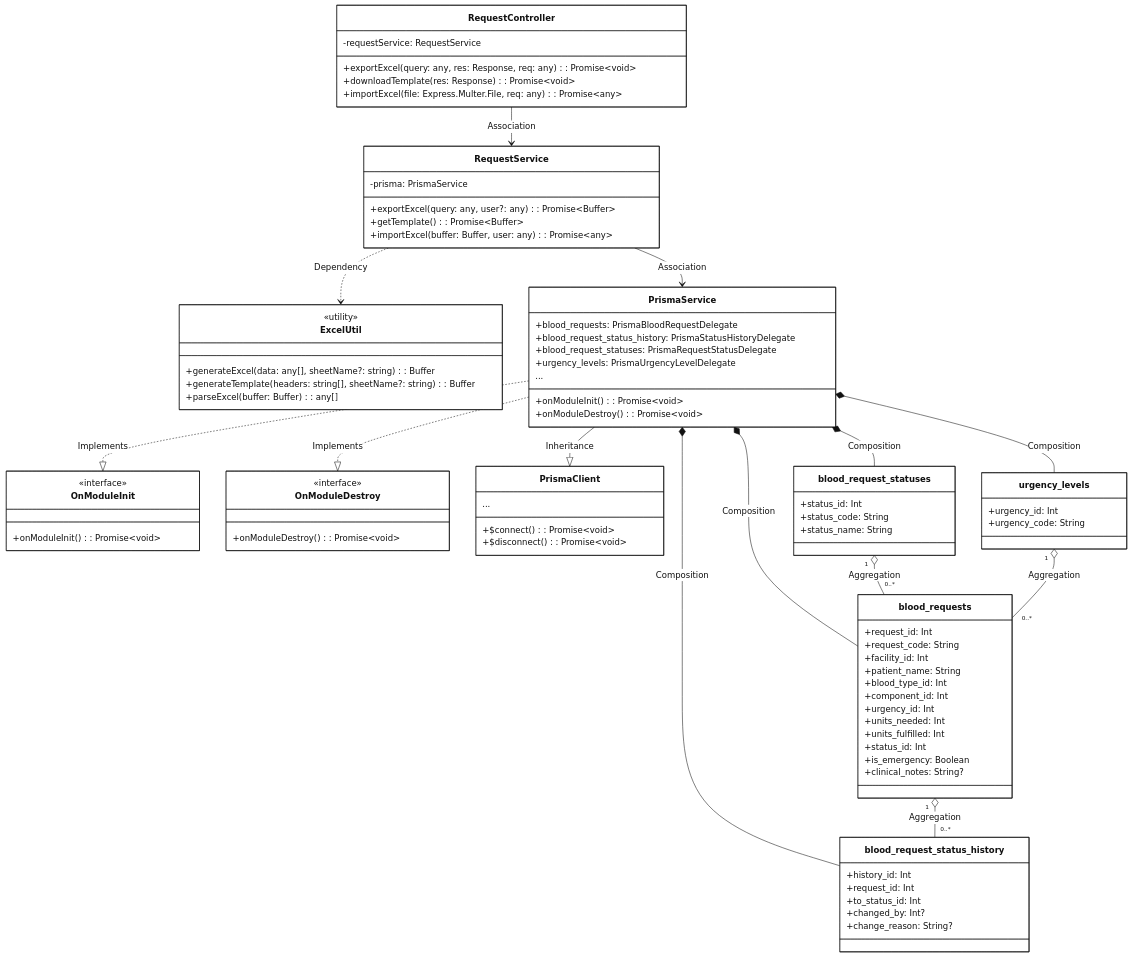
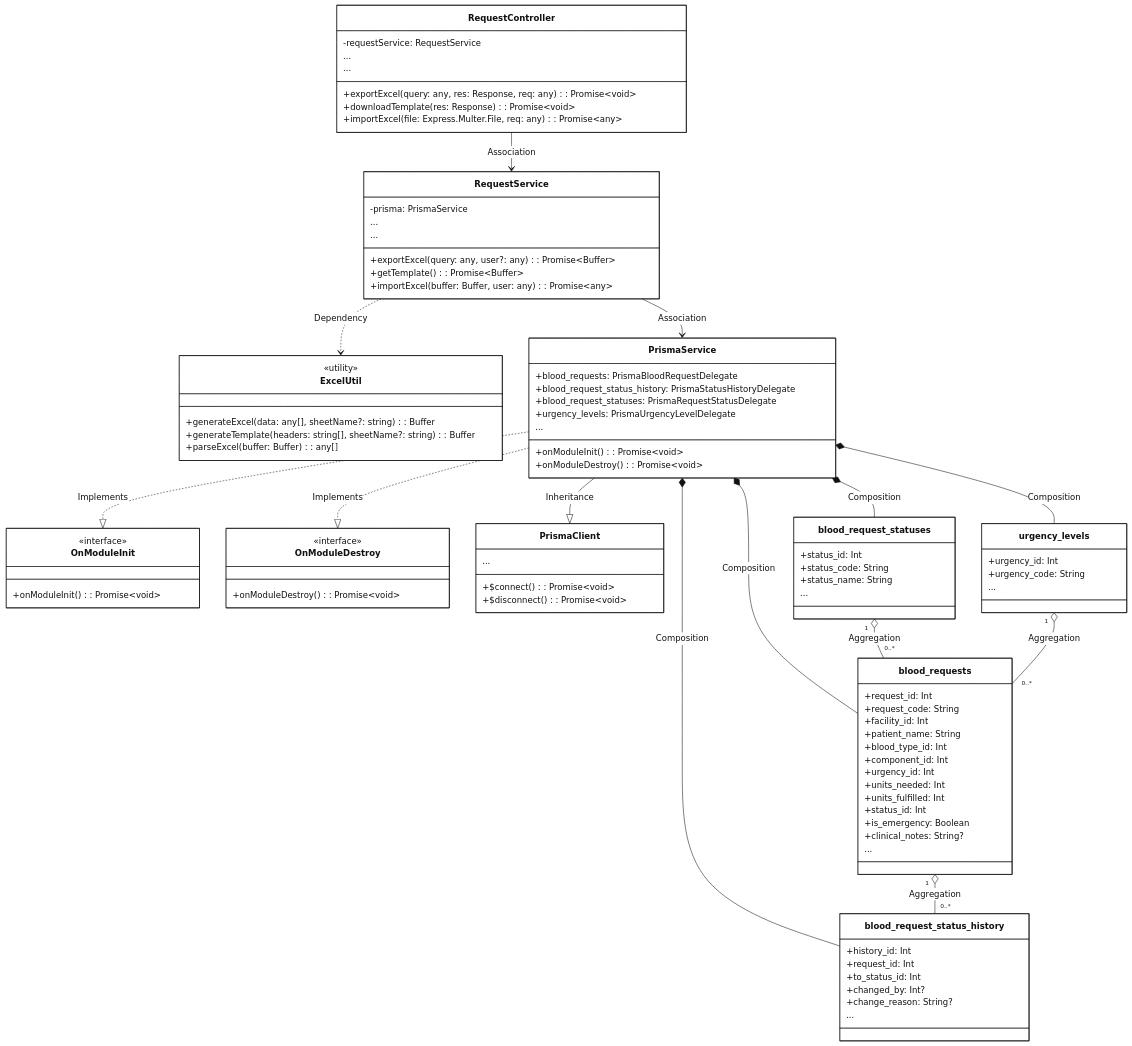
The eighth of 8 diagrams in modules_mermaid/04_request.md (CuongBC195/class-diagram-donation-blood), drawn with Mermaid before and after one commit. The commit also changed other lines of this file and 39 other files, not shown here.

Commit message:
fix(diagrams): apply strict ellipsis rules and synchronize entity/DTO relationships across all 13 modules

```diff
--- a/modules_mermaid/04_request.md
+++ b/modules_mermaid/04_request.md
@@ -1079,16 +1158,20 @@
 
 class RequestController {
   -requestService: RequestService
+  ...
   +exportExcel(query: any, res: Response, req: any): Promise~void~
   +downloadTemplate(res: Response): Promise~void~
   +importExcel(file: Express.Multer.File, req: any): Promise~any~
+  ...
 }
 
 class RequestService {
   -prisma: PrismaService
+  ...
   +exportExcel(query: any, user?: any): Promise~Buffer~
   +getTemplate(): Promise~Buffer~
   +importExcel(buffer: Buffer, user: any): Promise~any~
+  ...
 }
 
 class ExcelUtil {
@@ -1137,6 +1220,7 @@
   +status_id: Int
   +is_emergency: Boolean
   +clinical_notes: String?
+  ...
 }
 
 class blood_request_status_history {
@@ -1145,17 +1229,20 @@
   +to_status_id: Int
   +changed_by: Int?
   +change_reason: String?
+  ...
 }
 
 class blood_request_statuses {
   +status_id: Int
   +status_code: String
   +status_name: String
+  ...
 }
 
 class urgency_levels {
   +urgency_id: Int
   +urgency_code: String
+  ...
 }
 
 RequestController --> RequestService : Association
```
